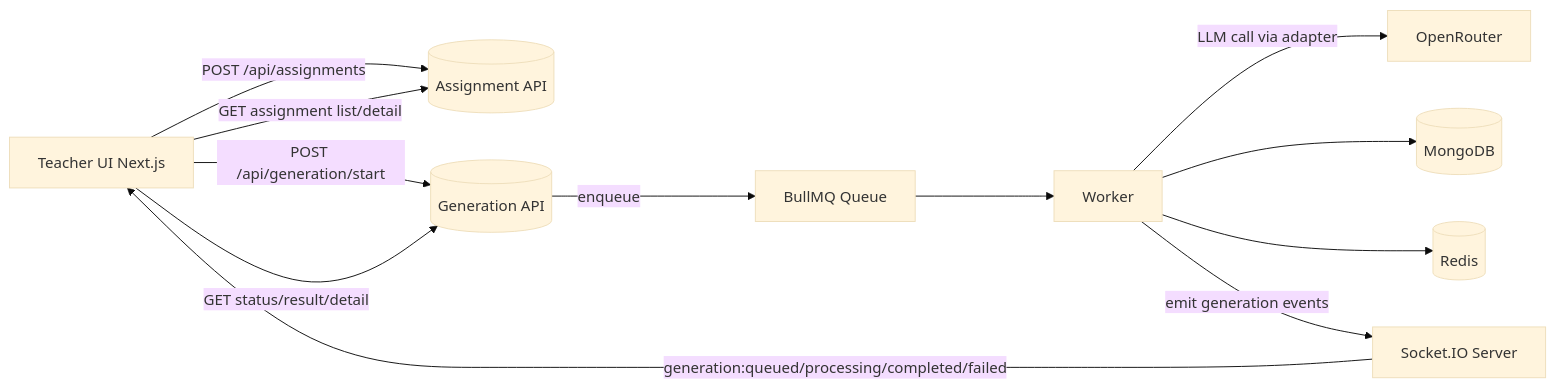
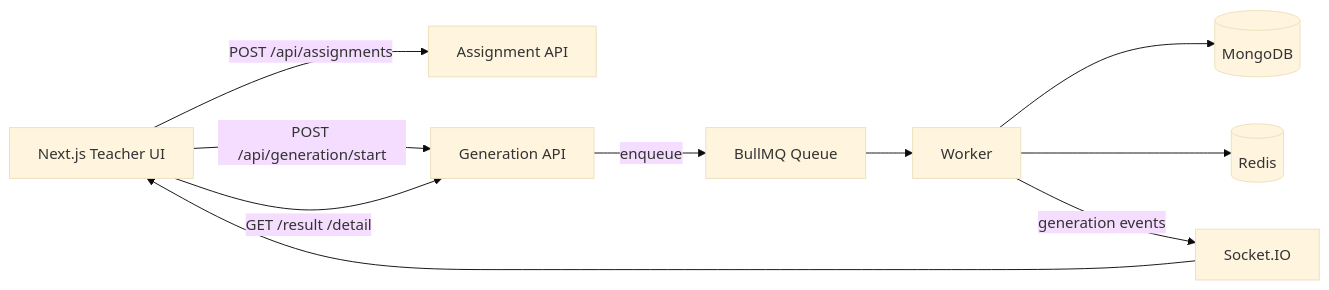
The diagram in README.md (nitishkumarkushwaha21/vedaai-ai-question-maker), drawn with Mermaid (base theme) before and after one commit. The commit also changed other lines of this file and 10 other files, not shown here.

````diff
--- a/README.md
+++ b/README.md
@@ -56,14 +38,12 @@
 ```mermaid
 flowchart LR
-  T[Teacher UI Next.js] -->|POST /api/assignments| A[(Assignment API)]
-  T -->|POST /api/generation/start| G[(Generation API)]
-  G -->|enqueue| Q[BullMQ Queue]
+  UI[Next.js Teacher UI] -->|POST /api/assignments| ASG[Assignment API]
+  UI -->|POST /api/generation/start| GEN[Generation API]
+  GEN -->|enqueue| Q[BullMQ Queue]
   Q --> W[Worker]
-  W -->|LLM call via adapter| L[OpenRouter]
   W --> M[(MongoDB)]
   W --> R[(Redis)]
-  W -->|emit generation events| S[Socket.IO Server]
-  S -->|generation:queued/processing/completed/failed| T
-  T -->|GET status/result/detail| G
-  T -->|GET assignment list/detail| A
+  W -->|generation events| WS[Socket.IO]
+  WS --> UI
+  UI -->|GET /result /detail| GEN
 ```
````
